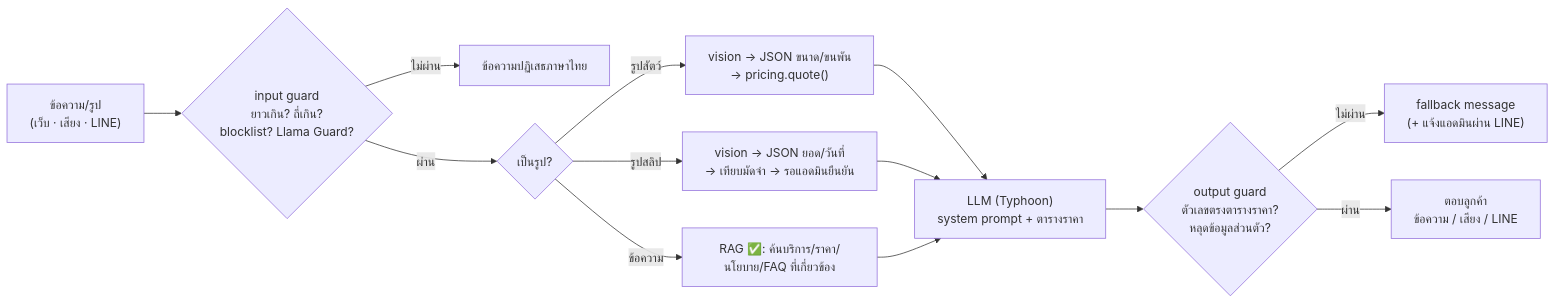
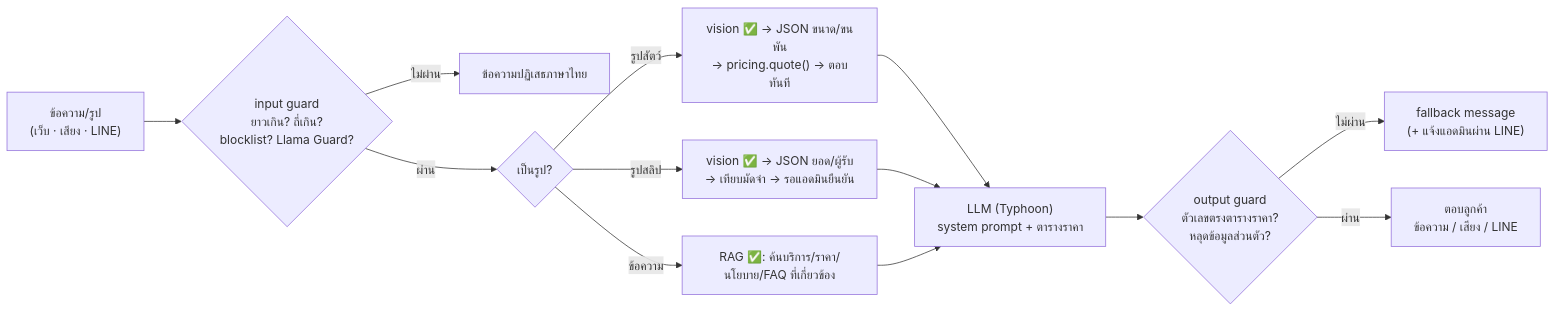
One commit to Myname30275/Project-chatbot changed the third of 3 diagrams in docs/system-architecture.md. Above: the diagram before and after it, drawn with Mermaid. The commit also changed other lines of this file and 30 other files, not shown here.

````diff
--- a/docs/system-architecture.md
+++ b/docs/system-architecture.md
@@ -173,15 +177,15 @@
 ```mermaid
 flowchart LR
     M["ข้อความ/รูป<br/>(เว็บ · เสียง · LINE)"] --> G1{"input guard<br/>ยาวเกิน? ถี่เกิน?<br/>blocklist? Llama Guard?"}
     G1 -- ไม่ผ่าน --> R1["ข้อความปฏิเสธภาษาไทย"]
     G1 -- ผ่าน --> K{"เป็นรูป?"}
-    K -- รูปสัตว์ --> P["vision → JSON ขนาด/ขนพัน<br/>→ pricing.quote()"]
-    K -- รูปสลิป --> S["vision → JSON ยอด/วันที่<br/>→ เทียบมัดจำ → รอแอดมินยืนยัน"]
+    K -- รูปสัตว์ --> P["vision ✅ → JSON ขนาด/ขนพัน<br/>→ pricing.quote() → ตอบทันที"]
+    K -- รูปสลิป --> S["vision ✅ → JSON ยอด/ผู้รับ<br/>→ เทียบมัดจำ → รอแอดมินยืนยัน"]
     K -- ข้อความ --> Q["RAG ✅: ค้นบริการ/ราคา/นโยบาย/FAQ ที่เกี่ยวข้อง"]
     P --> L["LLM (Typhoon)<br/>system prompt + ตารางราคา"]
     S --> L
     Q --> L
     L --> G2{"output guard<br/>ตัวเลขตรงตารางราคา?<br/>หลุดข้อมูลส่วนตัว?"}
     G2 -- ไม่ผ่าน --> R2["fallback message<br/>(+ แจ้งแอดมินผ่าน LINE)"]
     G2 -- ผ่าน --> OUT["ตอบลูกค้า<br/>ข้อความ / เสียง / LINE"]
 ```
````
